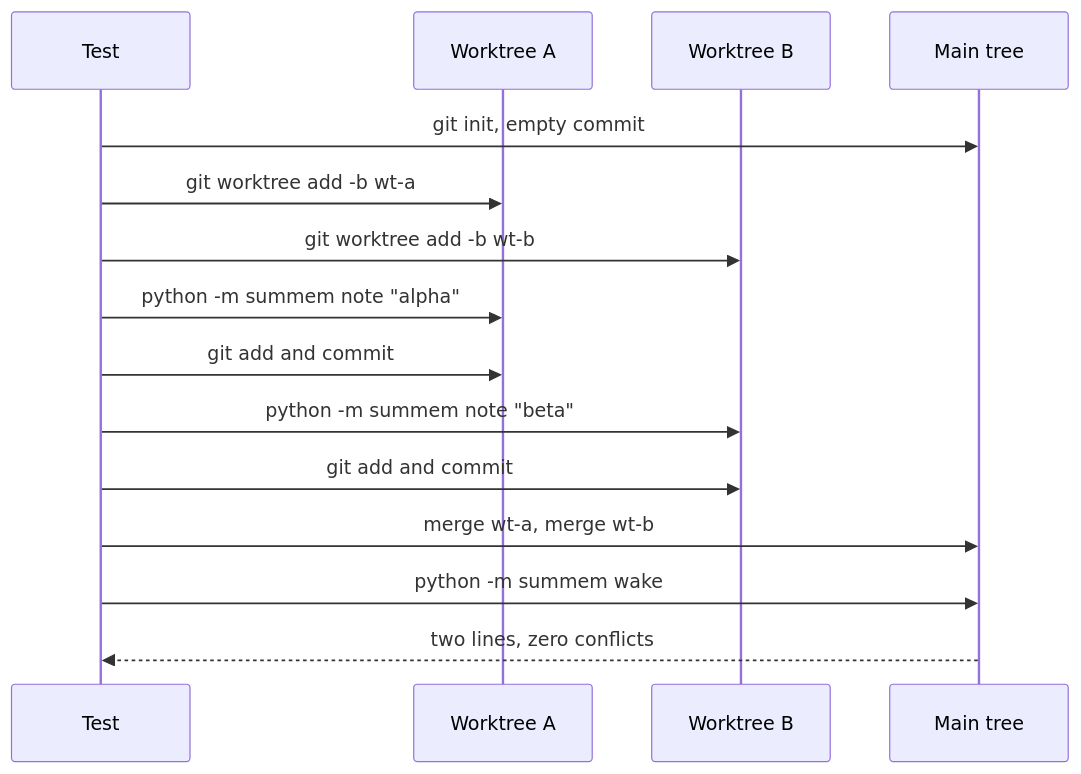
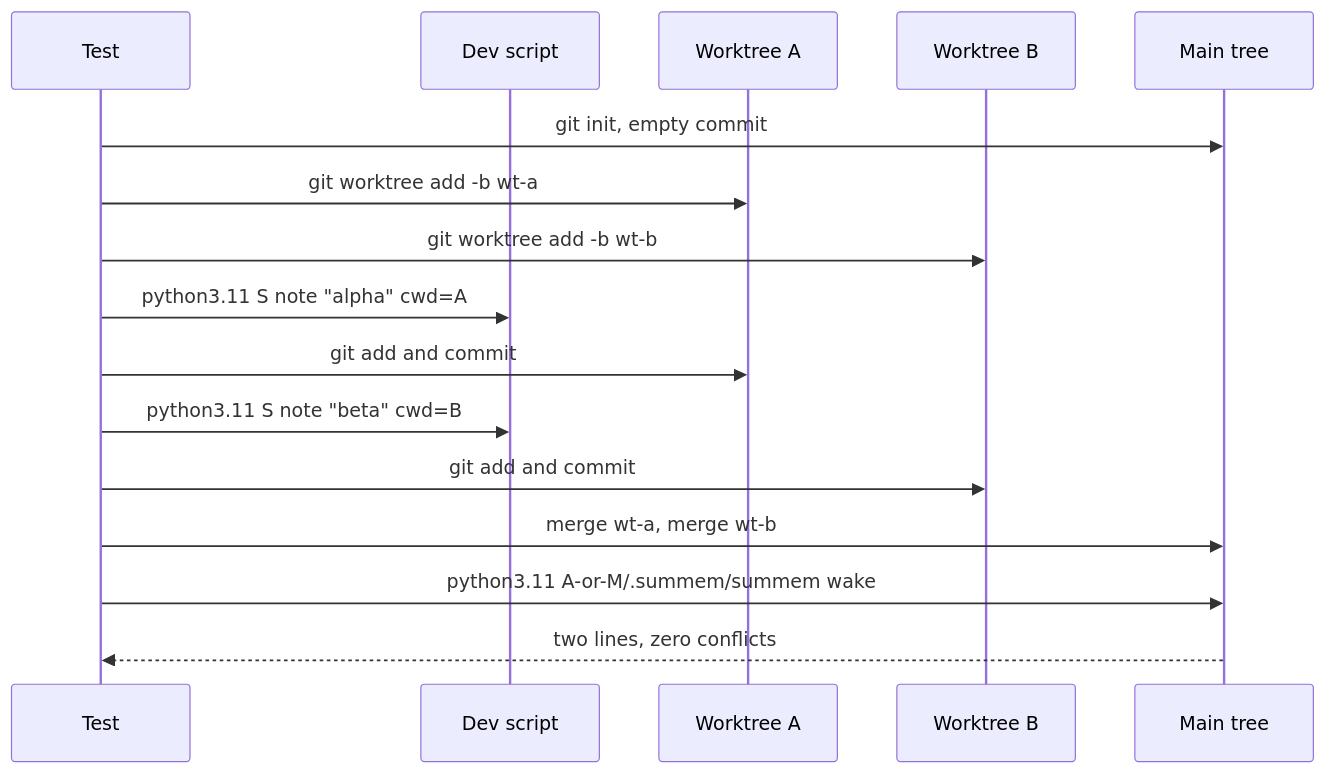
One commit to Texarkanine/SumMem changed the second of 2 diagrams in memory-bank/active/tasks.md. Above: the diagram before and after it, drawn with Mermaid. The commit also changed other lines of this file and 2 other files, not shown here.

````diff
--- a/memory-bank/active/tasks.md
+++ b/memory-bank/active/tasks.md
@@ -54,18 +54,19 @@
 ```mermaid
 sequenceDiagram
     participant T as Test
+    participant S as Dev script
     participant A as Worktree A
     participant B as Worktree B
     participant M as Main tree
 
     T->>M: git init, empty commit
     T->>A: git worktree add -b wt-a
     T->>B: git worktree add -b wt-b
-    T->>A: python -m summem note "alpha"
+    T->>S: python3.11 S note "alpha" cwd=A
     T->>A: git add and commit
-    T->>B: python -m summem note "beta"
+    T->>S: python3.11 S note "beta" cwd=B
     T->>B: git add and commit
     T->>M: merge wt-a, merge wt-b
-    T->>M: python -m summem wake
+    T->>M: python3.11 A-or-M/.summem/summem wake
     M-->>T: two lines, zero conflicts
 ```
````
